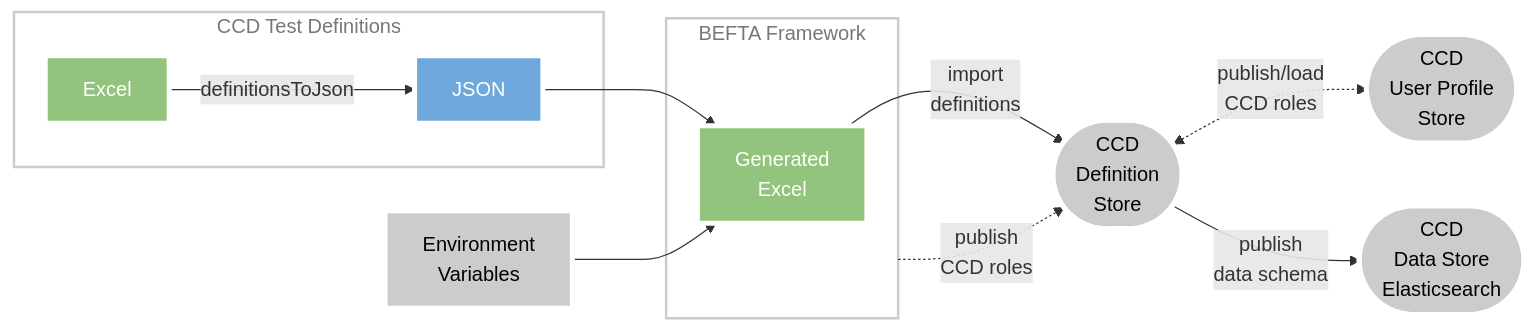
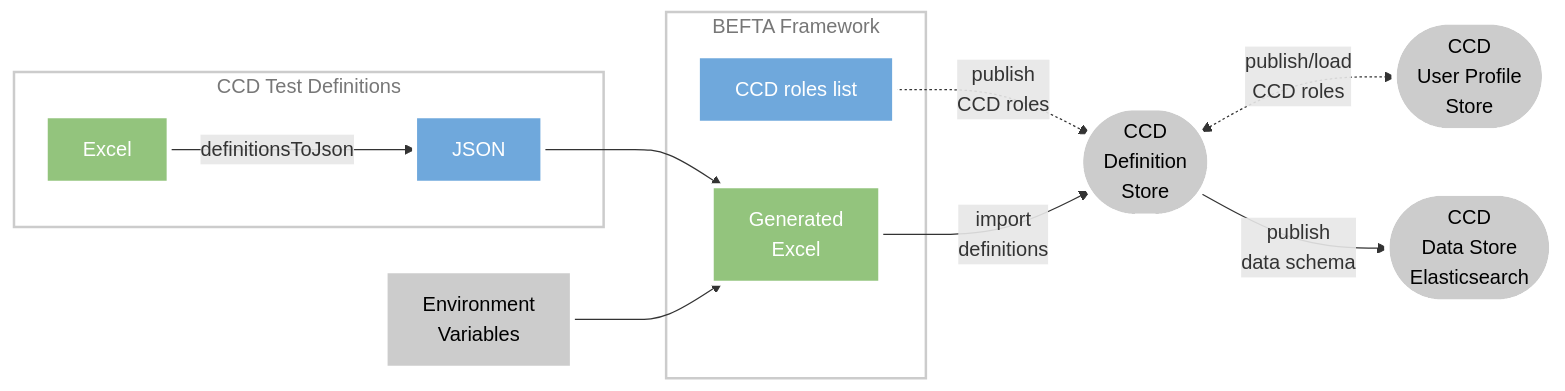
One commit to hmcts/ccd-test-definitions changed the diagram in README.md. Above: the diagram before and after it, drawn with Mermaid. The commit also changed other lines of this file, not shown here.

Commit message:
Update README
Adjust diagram of BEFTA's definition file generate and import process.

````diff
--- a/README.md
+++ b/README.md
@@ -27,29 +27,30 @@
 ```mermaid
 graph LR
   env-var[Environment<br>Variables];
   def-store([CCD<BR>Definition<BR>Store]);
   user-profile-store([CCD<BR>User Profile<BR>Store]);
   elasticsearch([CCD<BR>Data Store<BR>Elasticsearch]);
   json-->excel-generated;
   env-var-->excel-generated;
-  befta-fw-.->|publish<BR>CCD roles|def-store
+  ccd-roles-list-.->|publish<BR>CCD roles|def-store
   excel-generated-->|import<BR>definitions|def-store
   def-store<-.->|publish/load<BR>CCD roles|user-profile-store
   def-store-->|publish<BR>data schema|elasticsearch
   subgraph test-definitions[CCD Test Definitions]
     excel[Excel];
     json[JSON];
     excel-->|definitionsToJson|json;
   end
   subgraph befta-fw[BEFTA Framework]
+    ccd-roles-list[CCD roles list]
     excel-generated[Generated<br>Excel];
   end
   classDef plain fill:#ccc,stroke:#fff,stroke-width:4px,color:#000;
   classDef excel fill:#93c47d,stroke:#fff,stroke-width:4px,color:#fff;
   classDef json fill:#6fa8dc,stroke:#fff,stroke-width:4px,color:#fff;
   classDef library fill:#fff,stroke:#ccc,stroke-width:2px,color:#777;
   class def-store,user-profile-store,elasticsearch,env-var plain;
   class excel,excel-generated excel;
-  class json json;
+  class json,ccd-roles-list json;
   class test-definitions,functional-test,befta-fw library;
 ```
````
